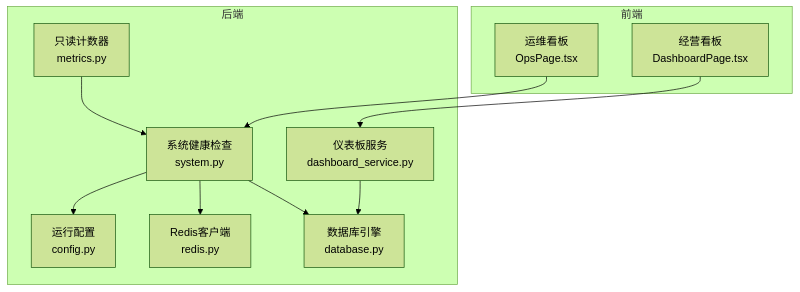
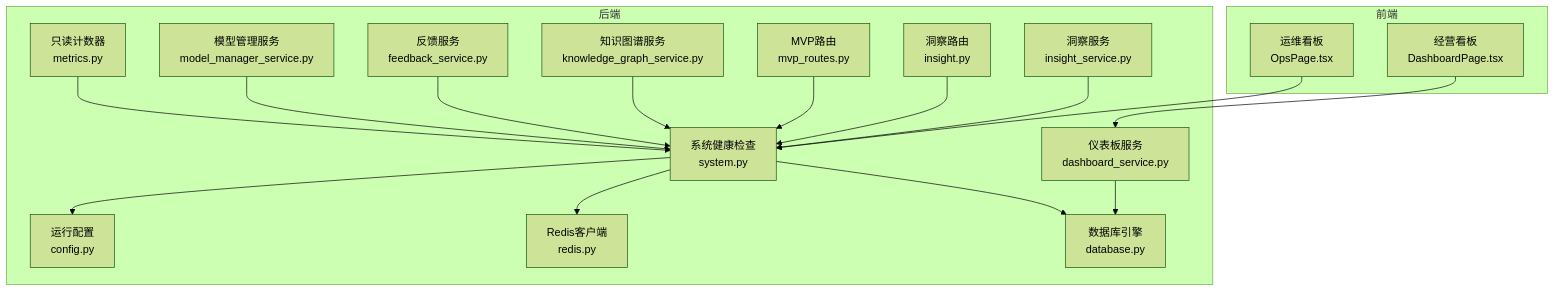
The first of 5 diagrams in .qoder/repowiki/zh/content/系统管理/监控告警系统.md (dream-ze/AI_huoke-), drawn with Mermaid (forest theme) before and after one commit. The commit also changed other lines of this file and 220 other files, not shown here.

````diff
--- a/.qoder/repowiki/zh/content/系统管理/监控告警系统.md
+++ b/.qoder/repowiki/zh/content/系统管理/监控告警系统.md
@@ -39,22 +57,34 @@
 ```mermaid
 graph TB
 subgraph "后端"
 SYS["系统健康检查<br/>system.py"]
 CFG["运行配置<br/>config.py"]
 DB["数据库引擎<br/>database.py"]
 RDS["Redis客户端<br/>redis.py"]
 MET["只读计数器<br/>metrics.py"]
 DASH["仪表板服务<br/>dashboard_service.py"]
+MODEL["模型管理服务<br/>model_manager_service.py"]
+FEEDBACK["反馈服务<br/>feedback_service.py"]
+GRAPH["知识图谱服务<br/>knowledge_graph_service.py"]
+ENDPOINTS["MVP路由<br/>mvp_routes.py"]
+ENDPOINTS2["洞察路由<br/>insight.py"]
+ENDPOINTS3["洞察服务<br/>insight_service.py"]
 end
 subgraph "前端"
 OPS["运维看板<br/>OpsPage.tsx"]
 DASHUI["经营看板<br/>DashboardPage.tsx"]
 end
 OPS --> SYS
 DASHUI --> DASH
 SYS --> DB
 SYS --> RDS
 SYS --> CFG
 DASH --> DB
 MET --> SYS
+MODEL --> SYS
+FEEDBACK --> SYS
+GRAPH --> SYS
+ENDPOINTS --> SYS
+ENDPOINTS2 --> SYS
+ENDPOINTS3 --> SYS
 ```
````
